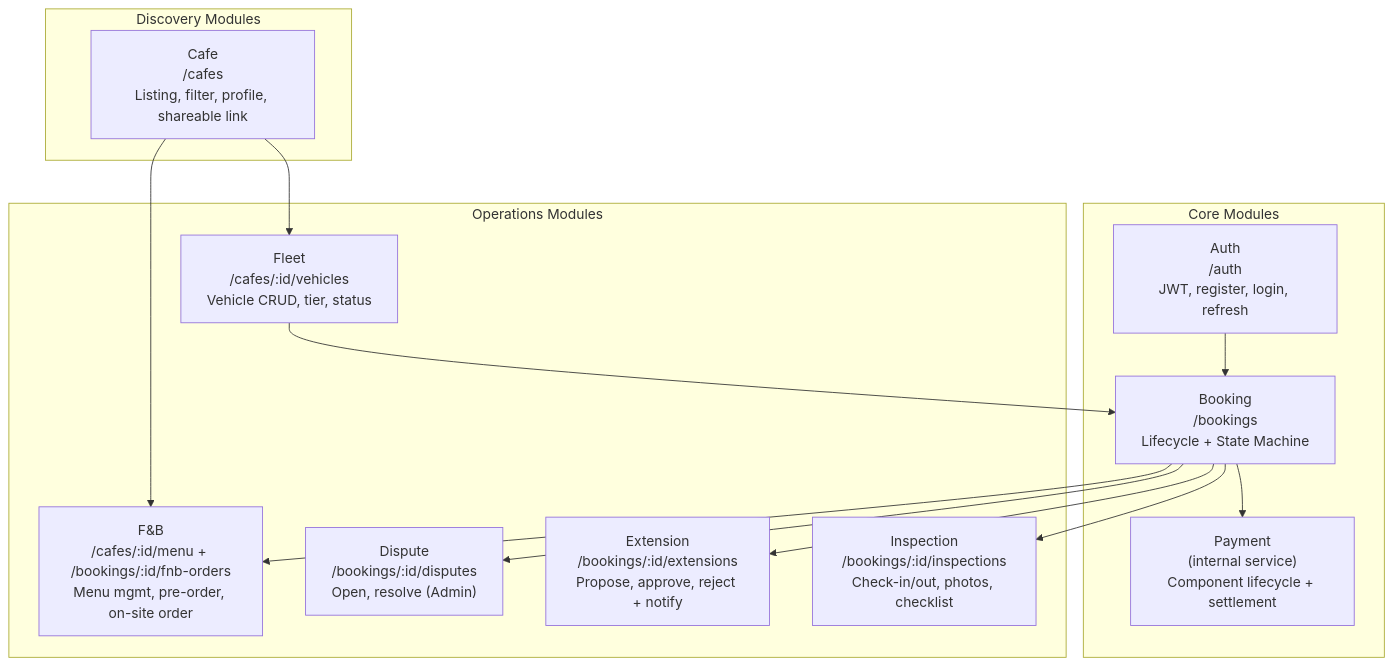
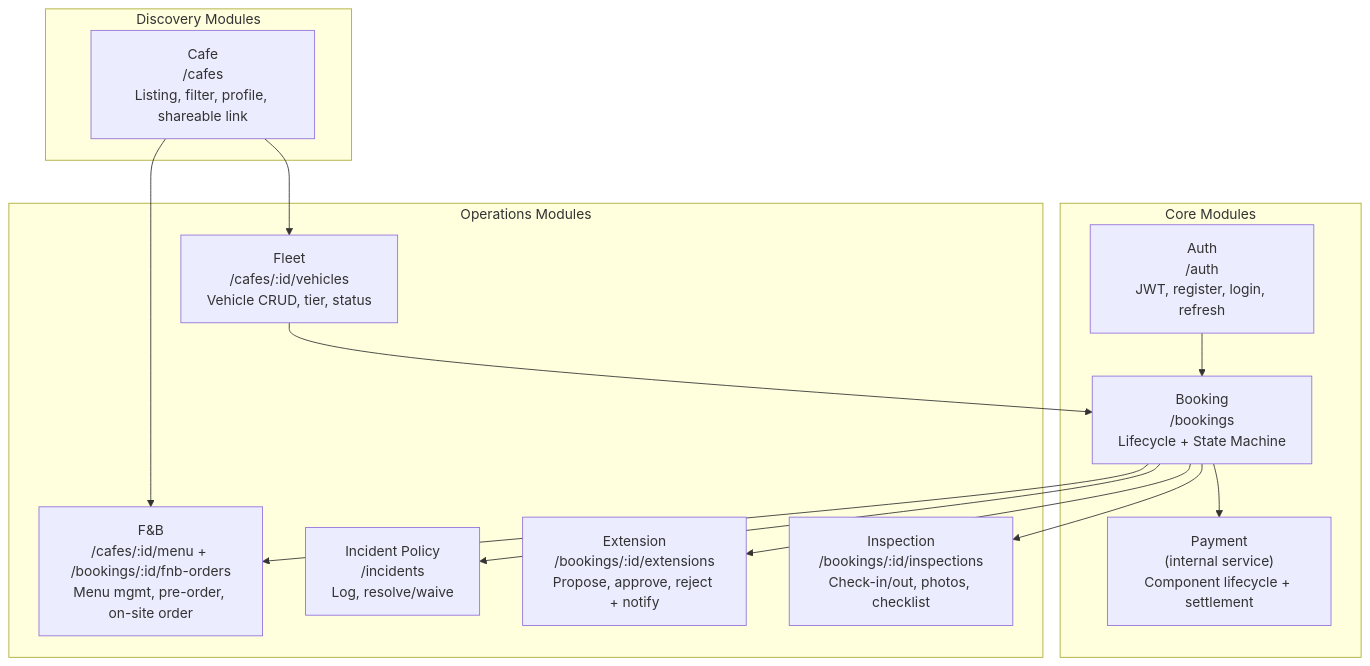
One commit to RCField-SEP490/rcfield-spec changed the third of 4 diagrams in docs/architecture/00-system-overview.md. Above: the diagram before and after it, drawn with Mermaid. The commit also changed other lines of this file and 15 other files, not shown here.

First line of the commit message:
Refactor business rules for booking, dispute resolution, fleet management, inspections, promotions, and documentation updates

````diff
--- a/docs/architecture/00-system-overview.md
+++ b/docs/architecture/00-system-overview.md
@@ -88,30 +88,30 @@
 ```mermaid
 graph TD
     subgraph Core["Core Modules"]
         AUTH["Auth\n/auth\nJWT, register, login, refresh"]
         BOOKING["Booking\n/bookings\nLifecycle + State Machine"]
         PAYMENT["Payment\n(internal service)\nComponent lifecycle + settlement"]
     end
 
     subgraph Operations["Operations Modules"]
         FLEET["Fleet\n/cafes/:id/vehicles\nVehicle CRUD, tier, status"]
         INSPECTION["Inspection\n/bookings/:id/inspections\nCheck-in/out, photos, checklist"]
         EXTENSION["Extension\n/bookings/:id/extensions\nPropose, approve, reject + notify"]
-        DISPUTE["Dispute\n/bookings/:id/disputes\nOpen, resolve (Admin)"]
+        INCIDENT["Incident Policy\n/incidents\nLog, resolve/waive"]
         FNB["F&B\n/cafes/:id/menu + /bookings/:id/fnb-orders\nMenu mgmt, pre-order, on-site order"]
     end
 
     subgraph Discovery["Discovery Modules"]
         CAFE["Cafe\n/cafes\nListing, filter, profile, shareable link"]
     end
 
     AUTH --> BOOKING
     BOOKING --> PAYMENT
     BOOKING --> INSPECTION
     BOOKING --> EXTENSION
-    BOOKING --> DISPUTE
+    BOOKING --> INCIDENT
     BOOKING --> FNB
     CAFE --> FLEET
     CAFE --> FNB
     FLEET --> BOOKING
 ```
````
